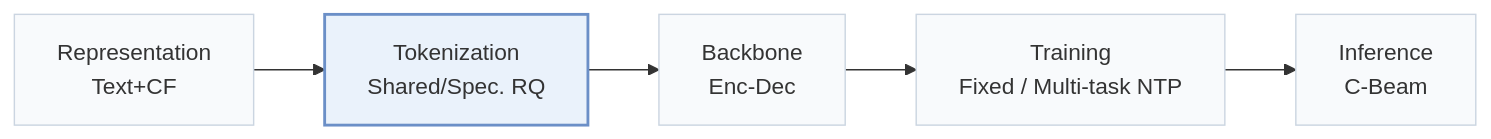
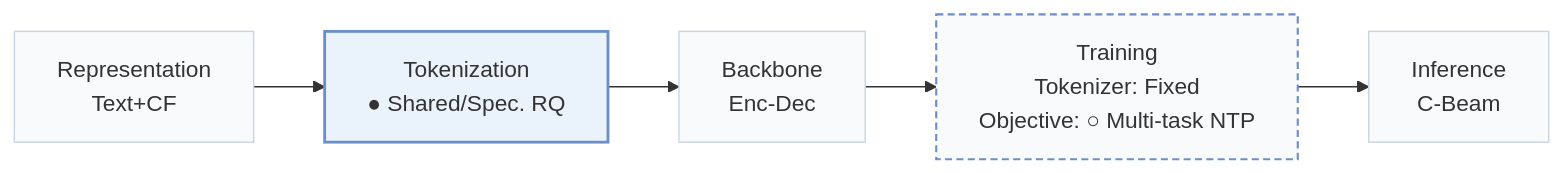
The first of 2 diagrams in pages/papers/gensar.md (Galaxy-ghost/Awesome-SID-Generative-Rec), drawn with Mermaid before and after one commit. The commit also changed other lines of this file and 558 other files, not shown here.

````diff
--- a/pages/papers/gensar.md
+++ b/pages/papers/gensar.md
@@ -15,8 +18,10 @@
 ```mermaid
 flowchart LR
-    R["Representation<br/>Text+CF"] --> T["Tokenization<br/>Shared/Spec. RQ"] --> B["Backbone<br/>Enc-Dec"] --> TR["Training<br/>Fixed / Multi-task NTP"] --> I["Inference<br/>C-Beam"]
+    R["Representation<br/>Text+CF"] --> T["Tokenization<br/>● Shared/Spec. RQ"] --> B["Backbone<br/>Enc-Dec"] --> TR["Training<br/>Tokenizer: Fixed<br/>Objective: ○ Multi-task NTP"] --> I["Inference<br/>C-Beam"]
     classDef base fill:#f8fafc,stroke:#cbd5e1
     class R,T,B,TR,I base
+    classDef other fill:#f8fafc,stroke:#6b8fc7,stroke-width:1.5px,stroke-dasharray:5 3
+    class TR other
     classDef main fill:#eaf2fb,stroke:#6b8fc7,stroke-width:2px
     class T main
 ```
````
